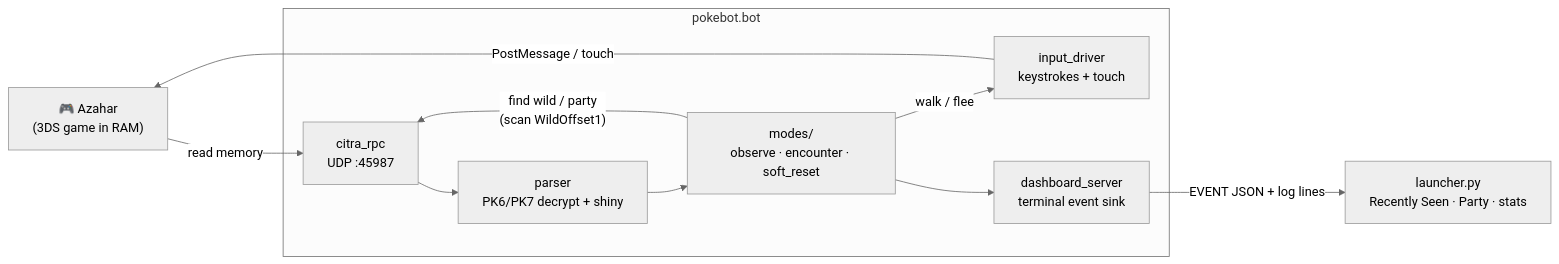
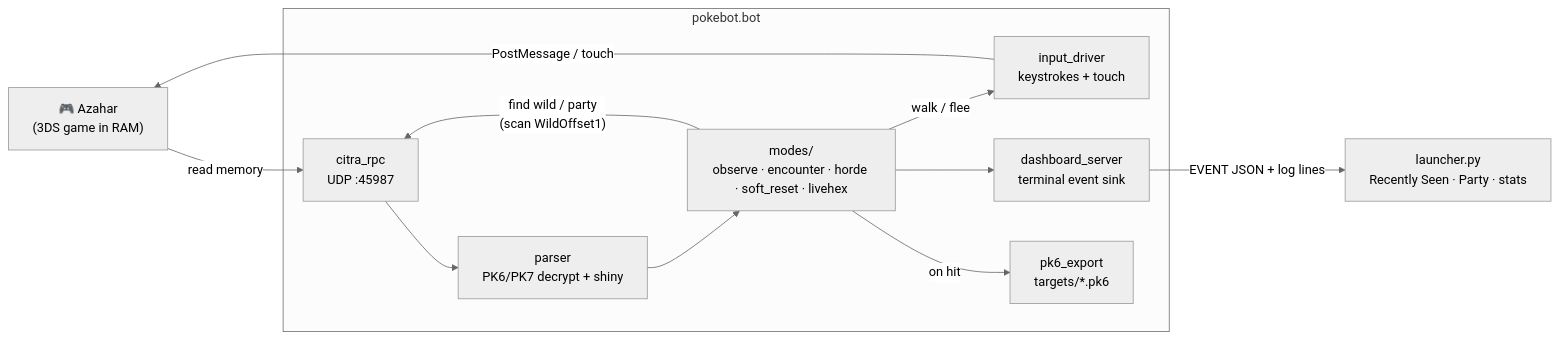
The diagram in README.md (romanrdecaro-arch/pokebot-3ds), drawn with Mermaid (neutral theme) before and after one commit. The commit also changed other lines of this file and 1 other file, not shown here.

````diff
--- a/README.md
+++ b/README.md
@@ -132,23 +148,25 @@
 ```mermaid
 flowchart LR
     AZ["🎮 Azahar<br/>(3DS game in RAM)"]
 
     subgraph BOT["pokebot.bot"]
         RPC["citra_rpc<br/>UDP :45987"]
         PAR["parser<br/>PK6/PK7 decrypt + shiny"]
-        MOD["modes/<br/>observe · encounter · soft_reset"]
+        MOD["modes/<br/>observe · encounter · horde · soft_reset · livehex"]
         INP["input_driver<br/>keystrokes + touch"]
         DASH["dashboard_server<br/>terminal event sink"]
+        EXP["pk6_export<br/>targets/*.pk6"]
     end
 
     LAUNCH["launcher.py<br/>Recently Seen · Party · stats"]
 
     AZ -- "read memory" --> RPC
     RPC --> PAR
     PAR --> MOD
     MOD -- "find wild / party<br/>(scan WildOffset1)" --> RPC
     MOD -- "walk / flee" --> INP
     INP -- "PostMessage / touch" --> AZ
     MOD --> DASH
+    MOD -- "on hit" --> EXP
     DASH -- "EVENT JSON + log lines" --> LAUNCH
 ```
````
